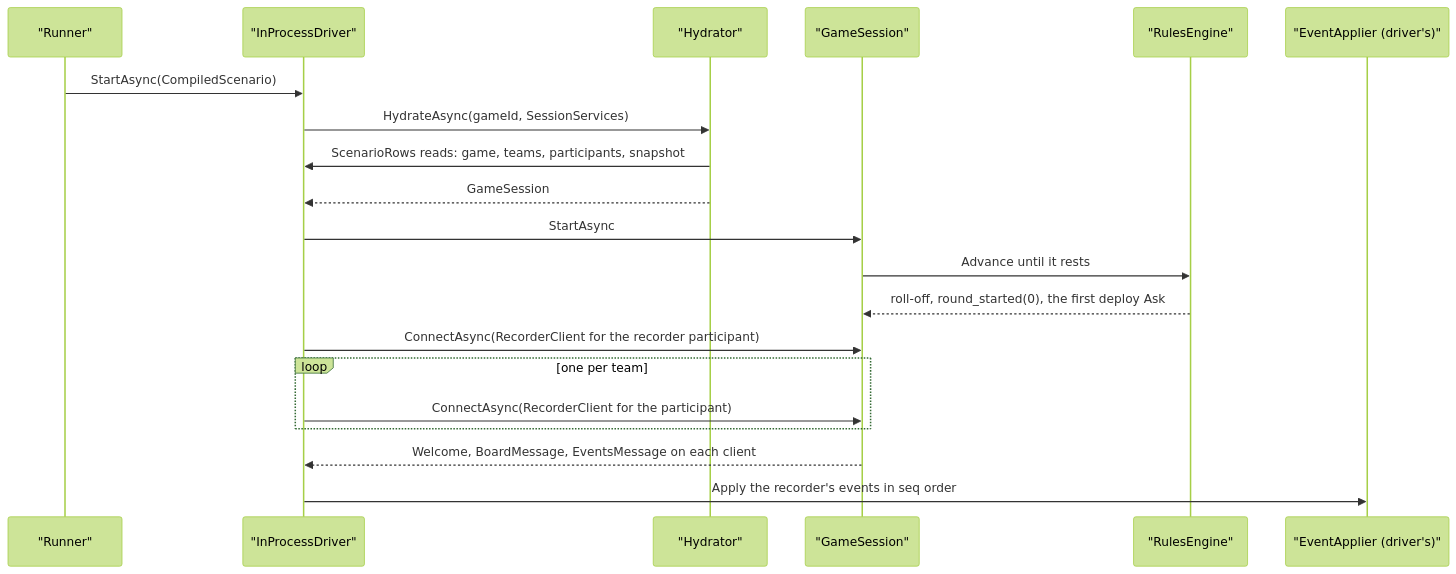
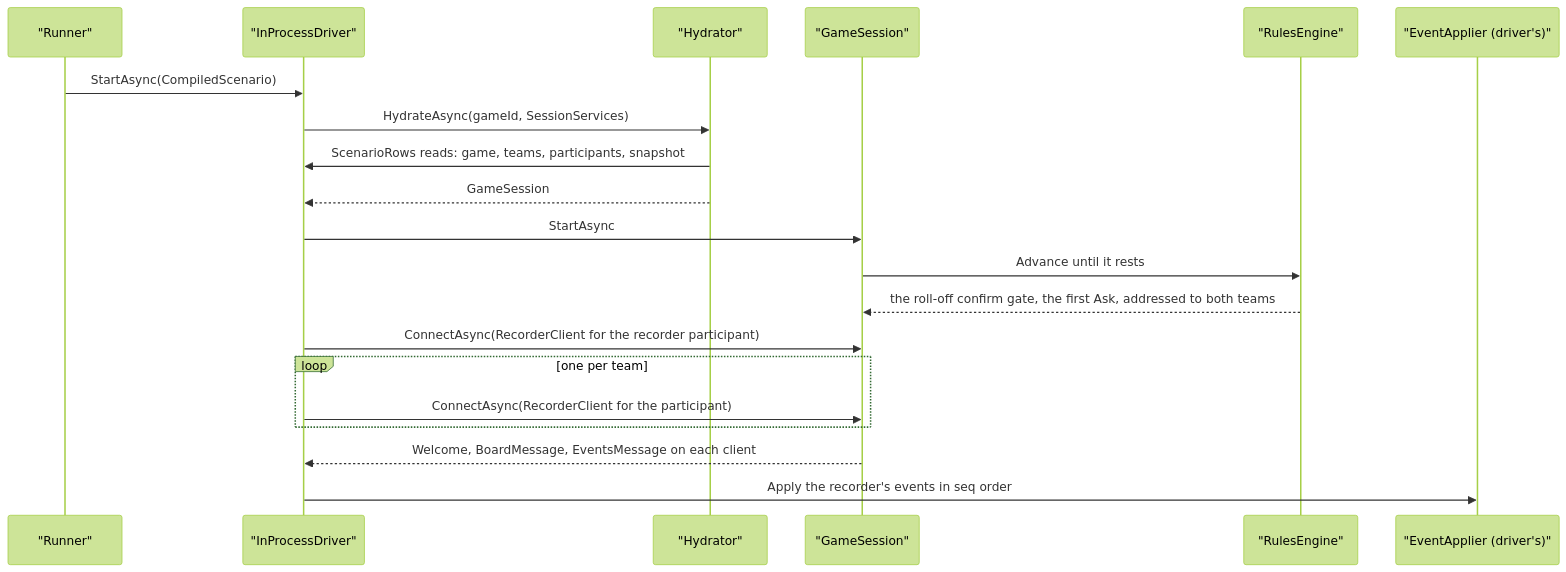
The seventh of 11 diagrams in docs/design/simulation/design.md (cstupi/tabletop), drawn with Mermaid (forest theme) before and after one commit. The commit also changed other lines of this file and 19 other files, not shown here.

````diff
--- a/docs/design/simulation/design.md
+++ b/docs/design/simulation/design.md
@@ -898,23 +905,23 @@
 ```mermaid
 sequenceDiagram
     participant R as "Runner"
     participant D as "InProcessDriver"
     participant H as "Hydrator"
     participant S as "GameSession"
     participant E as "RulesEngine"
     participant A as "EventApplier (driver's)"
 
     R->>D: StartAsync(CompiledScenario)
     D->>H: HydrateAsync(gameId, SessionServices)
     H->>D: ScenarioRows reads: game, teams, participants, snapshot
     H-->>D: GameSession
     D->>S: StartAsync
     S->>E: Advance until it rests
-    E-->>S: roll-off, round_started(0), the first deploy Ask
+    E-->>S: the roll-off confirm gate, the first Ask, addressed to both teams
     D->>S: ConnectAsync(RecorderClient for the recorder participant)
     loop one per team
         D->>S: ConnectAsync(RecorderClient for the participant)
     end
     S-->>D: Welcome, BoardMessage, EventsMessage on each client
     D->>A: Apply the recorder's events in seq order
 ```
````
